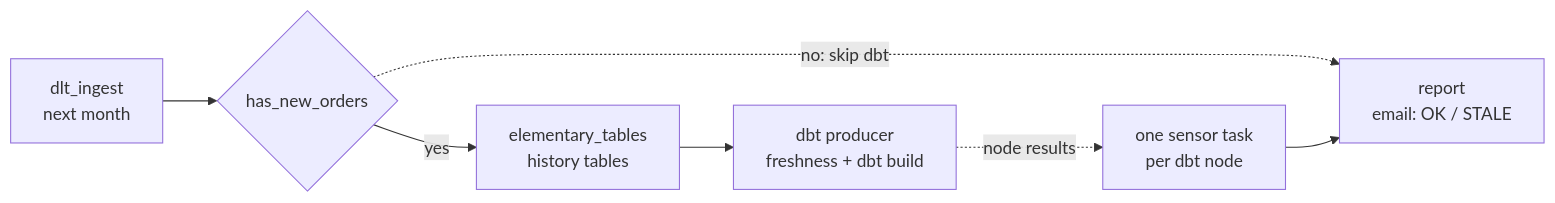
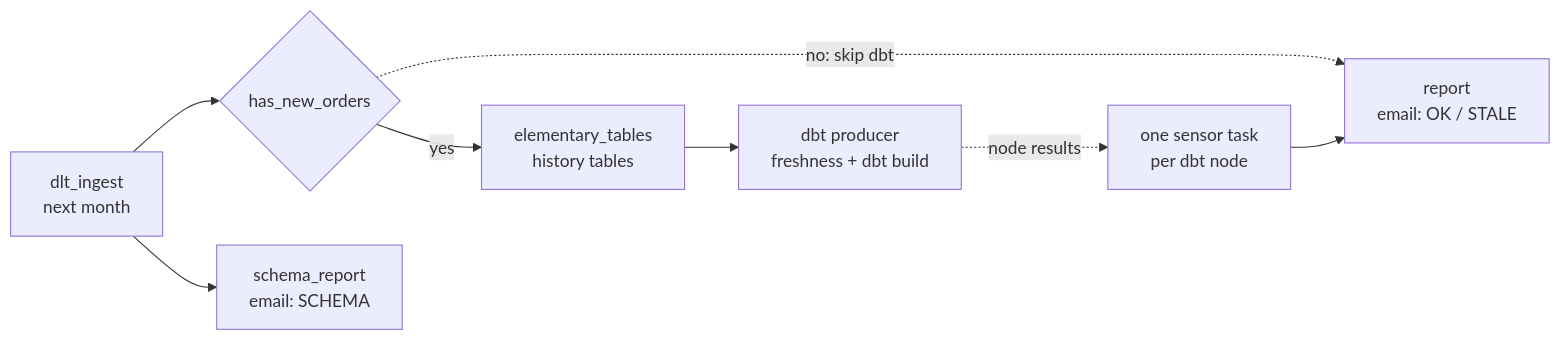
One commit to ShuCiG/olist-analytics-dbt changed the fourth of 4 diagrams in README.md. Above: the diagram before and after it, drawn with Mermaid. The commit also changed other lines of this file and 14 other files, not shown here.

First line of the commit message:
feat: SCHEMA email when a source gains a column (D61)

````diff
--- a/README.md
+++ b/README.md
@@ -330,9 +330,10 @@
 ```mermaid
 flowchart LR
     ingest[dlt_ingest<br/>next month] --> gate{has_new_orders}
     gate -- yes --> elem[elementary_tables<br/>history tables]
     elem --> producer[dbt producer<br/>freshness + dbt build]
     gate -. no: skip dbt .-> report
     producer -. node results .-> sensors[one sensor task<br/>per dbt node]
     sensors --> report[report<br/>email: OK / STALE]
+    ingest --> schema[schema_report<br/>email: SCHEMA]
 ```
````
